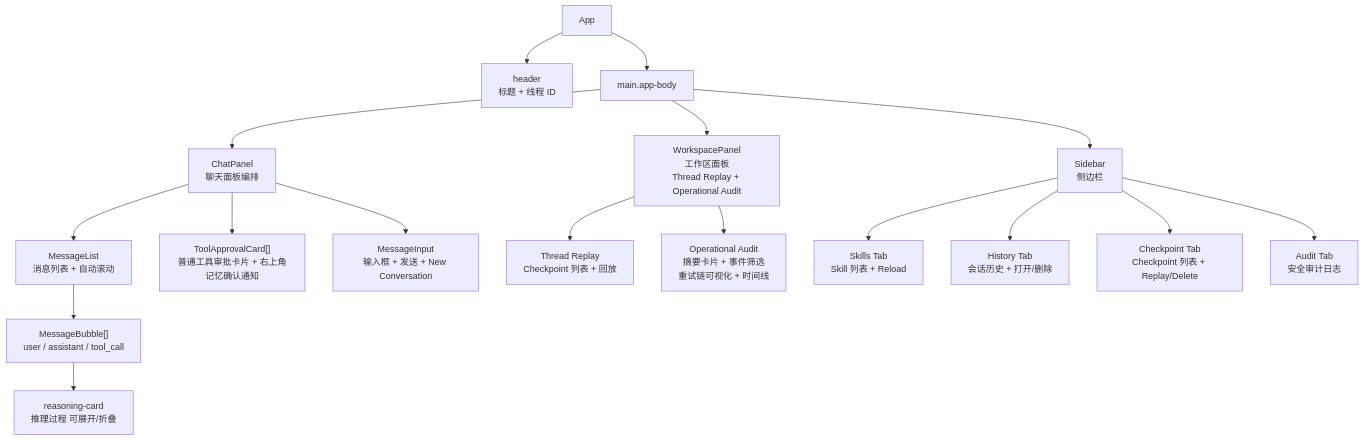
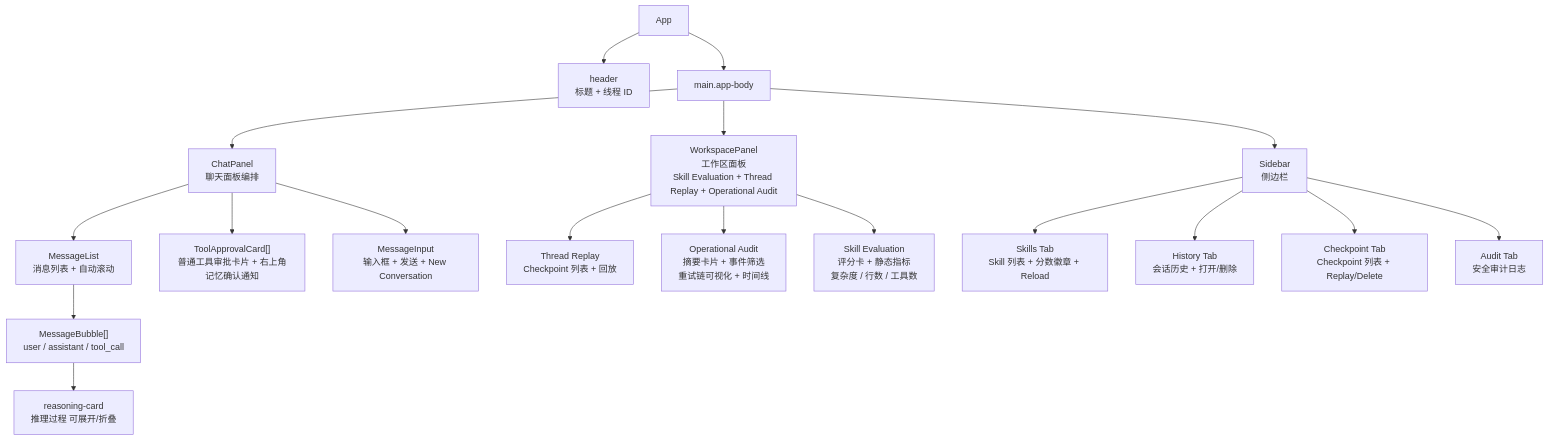
Before and after one commit to YachuanWzh/huamulan-agent: the tenth of 11 diagrams in 技术方案报告.md, drawn with Mermaid. The commit also changed other lines of this file and 24 other files, not shown here.

Commit message:
Add persistent skill evaluation scoring

````diff
--- a/技术方案报告.md
+++ b/技术方案报告.md
@@ -866,24 +1029,25 @@
 ```mermaid
 graph TD
     App --> Header["header<br/>标题 + 线程 ID"]
     App --> Main["main.app-body"]
 
     Main --> ChatPanel["ChatPanel<br/>聊天面板编排"]
     Main --> Sidebar["Sidebar<br/>侧边栏"]
-    Main --> WorkspacePanel["WorkspacePanel<br/>工作区面板<br/>Thread Replay + Operational Audit"]
+    Main --> WorkspacePanel["WorkspacePanel<br/>工作区面板<br/>Skill Evaluation + Thread Replay + Operational Audit"]
 
     ChatPanel --> MessageList["MessageList<br/>消息列表 + 自动滚动"]
     ChatPanel --> ToolApprovalCard["ToolApprovalCard[]<br/>普通工具审批卡片 + 右上角记忆确认通知"]
     ChatPanel --> MessageInput["MessageInput<br/>输入框 + 发送 + New Conversation"]
 
     MessageList --> MessageBubble["MessageBubble[]<br/>user / assistant / tool_call"]
     MessageBubble --> Reasoning["reasoning-card<br/>推理过程 可展开/折叠"]
 
     WorkspacePanel --> ReplayView["Thread Replay<br/>Checkpoint 列表 + 回放"]
     WorkspacePanel --> AuditView["Operational Audit<br/>摘要卡片 + 事件筛选<br/>重试链可视化 + 时间线"]
+    WorkspacePanel --> SkillEvalView["Skill Evaluation<br/>评分卡 + 静态指标<br/>复杂度 / 行数 / 工具数"]
 
-    Sidebar --> SkillsTab["Skills Tab<br/>Skill 列表 + Reload"]
+    Sidebar --> SkillsTab["Skills Tab<br/>Skill 列表 + 分数徽章 + Reload"]
     Sidebar --> HistoryTab["History Tab<br/>会话历史 + 打开/删除"]
     Sidebar --> CheckpointTab["Checkpoint Tab<br/>Checkpoint 列表 + Replay/Delete"]
     Sidebar --> AuditTab["Audit Tab<br/>安全审计日志"]
 ```
````
